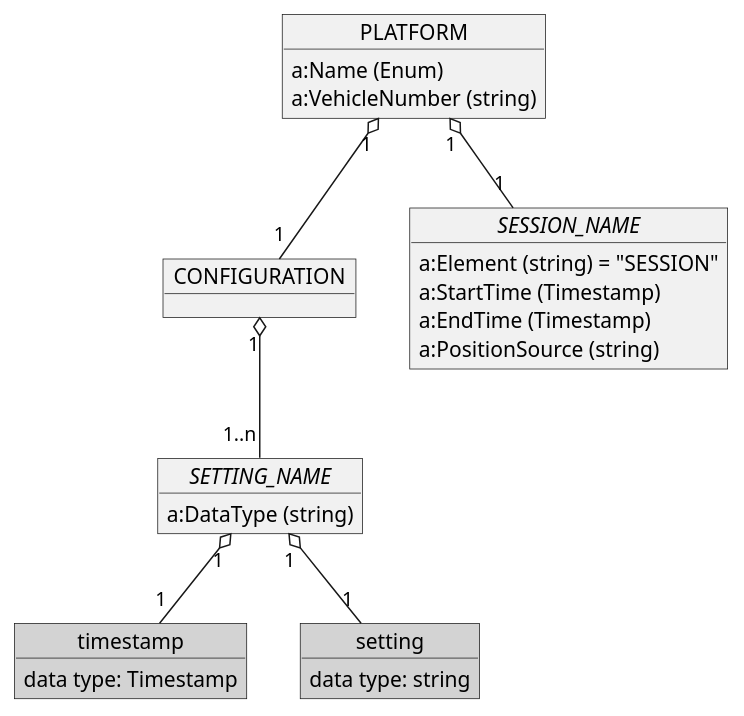
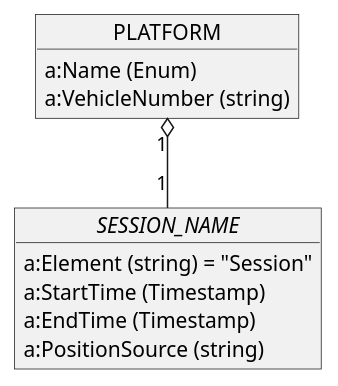
One commit to OpenRailAssociation/rcm-dx changed the third of 13 diagrams in images/rcm-dx-images.puml. Above: the diagram before and after it, drawn with PlantUML. The commit also changed other lines of this file and 17 other files, not shown here.

```diff
--- a/images/rcm-dx-images.puml
+++ b/images/rcm-dx-images.puml
@@ -78,35 +78,17 @@
 @startuml rcmdx_platform_group
 
   object PLATFORM {
     a:Name (Enum)
     a:VehicleNumber (string)
   }
 
-  object "CONFIGURATION" as platform_config
-  PLATFORM "1" o-- "1" platform_config
-
-  object "//SETTING_NAME//" as platform_setting_name {
-    a:DataType (string)
-  }
-  platform_config "1" o-- "1..n" platform_setting_name
-
-  object "timestamp" as platform_setting_timestamp #LightGray {
-    data type: Timestamp
-  }
-  platform_setting_name "1" o-- "1" platform_setting_timestamp
-
-  object "setting" as platform_setting #LightGray {
-    data type: string
-  }
-  platform_setting_name "1" o-- "1" platform_setting
-
   object "//SESSION_NAME//" as session_name {
-    a:Element (string) = "SESSION"
+    a:Element (string) = "Session"
     a:StartTime (Timestamp)
     a:EndTime (Timestamp)
     a:PositionSource (string)
   }
 
   PLATFORM "1" o-- "1" session_name
 
 @enduml
```
